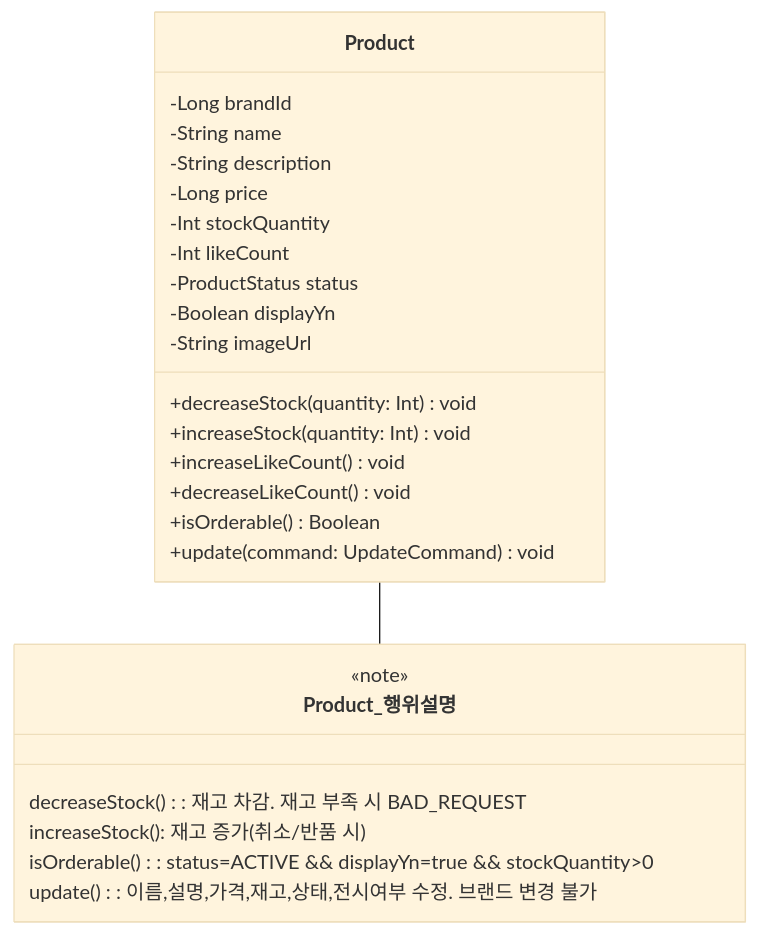
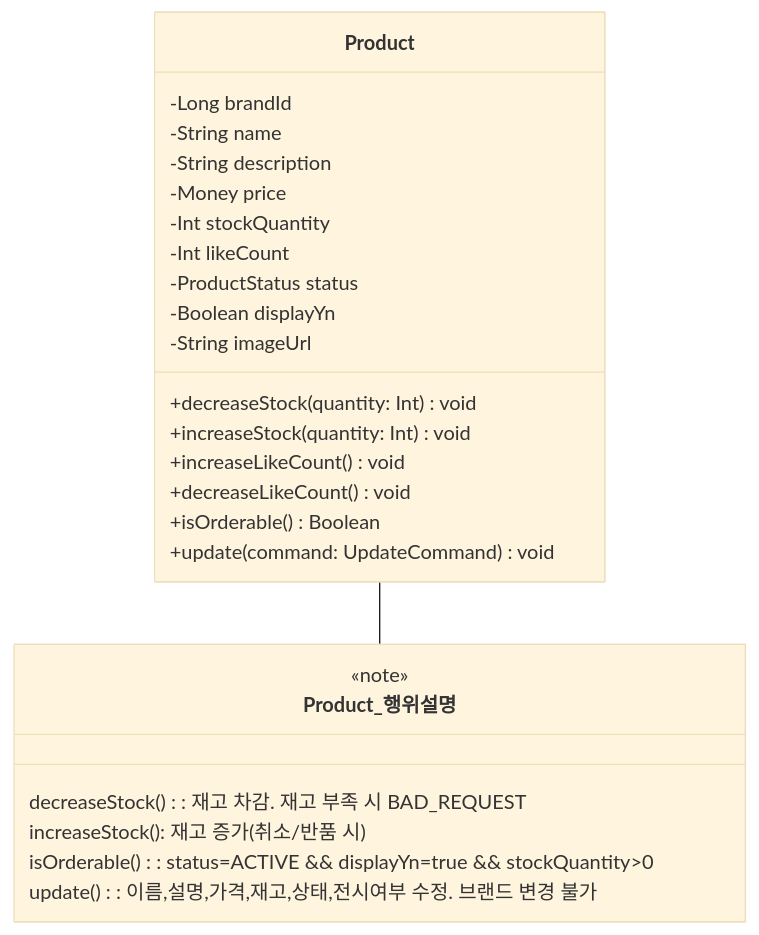
The fourth of 5 diagrams in docs/design/03-class-diagram.md (Loopers-dev-lab/loop-pack-be-l2-vol3-kotlin), drawn with Mermaid (base theme) before and after one commit. The commit also changed other lines of this file and 5 other files, not shown here.

````diff
--- a/docs/design/03-class-diagram.md
+++ b/docs/design/03-class-diagram.md
@@ -292,31 +370,31 @@
 ```mermaid
 classDiagram
     class Product {
         -Long brandId
         -String name
         -String description
-        -Long price
+        -Money price
         -Int stockQuantity
         -Int likeCount
         -ProductStatus status
         -Boolean displayYn
         -String imageUrl
 
         +decreaseStock(quantity: Int) void
         +increaseStock(quantity: Int) void
         +increaseLikeCount() void
         +decreaseLikeCount() void
         +isOrderable() Boolean
         +update(command: UpdateCommand) void
     }
 
     class Product_행위설명 {
         <<note>>
         decreaseStock(): 재고 차감. 재고 부족 시 BAD_REQUEST
         increaseStock(): 재고 증가 (취소/반품 시)
         isOrderable(): status=ACTIVE && displayYn=true && stockQuantity>0
         update(): 이름,설명,가격,재고,상태,전시여부 수정. 브랜드 변경 불가
     }
 
     Product -- Product_행위설명
 ```
````
